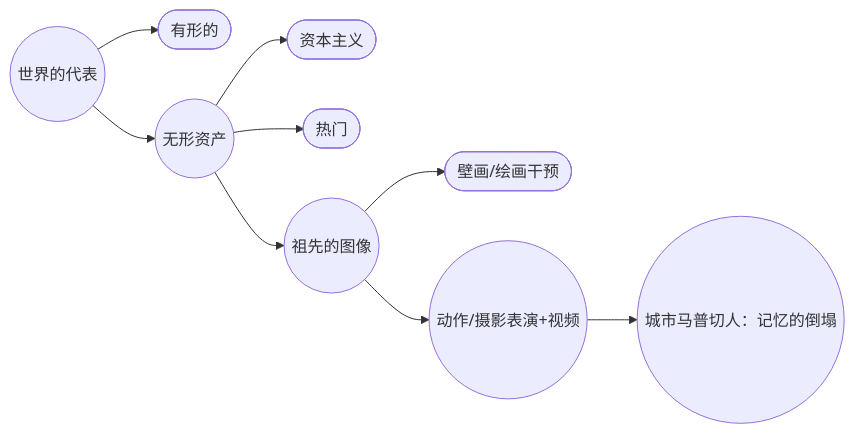
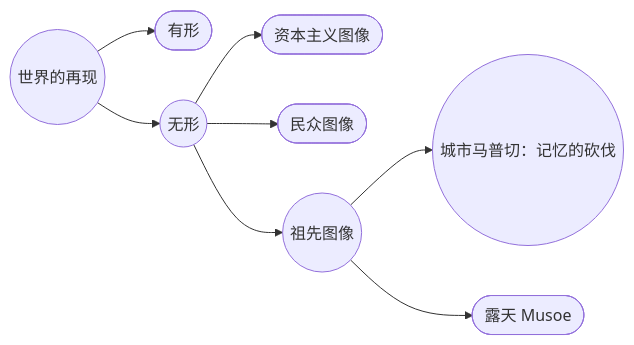
One commit to EGGS-Artesvisuales/EGGS-Artesvisuales.github.io changed the diagram in CHN/mapuche-urbano.md. Above: the diagram before and after it, drawn with Mermaid. The commit also changed 77 other files, not shown here.

```diff
--- a/CHN/mapuche-urbano.md
+++ b/CHN/mapuche-urbano.md
@@ -23,32 +23,18 @@
 <div class="mermaid">
 flowchart LR
-  %% Regla visual:
-  %% - Ruta activa (触及的节点): ((圆形的))
-  %% - Hermanos / ramas fuera de ruta: ([圆角矩形])
-
-  A((世界的代表)) --> T([有形的])
-  A --> I((无形资产))
-
-  I --> C([资本主义])
-  I --> P([热门])
-  I --> AN((祖先的图像))
-
-  AN --> AN_M([壁画/绘画干预])
-  AN --> AN_A((动作/摄影表演+视频))
-
-  AN_A --> MU((城市马普切人：记忆的倒塌))
-
-  %% Links (是/)
-  click A "/CHN/mundo-exterior.html" "前往世界代表"
-  click T "/CHN/tangible.html" "走向有形"
-  click I "/CHN/intangible.html" "走向无形"
-
-  click C "/CHN/en-construccion.html" "建设中"
-  click P "/CHN/en-construccion.html" "建设中"
-
-  click AN "/CHN/imagenes-ancestros.html" "前往祖先画像"
-  click AN_M "/CHN/en-construccion.html" "建设中"
-  click AN_A "/CHN/en-construccion.html" "建设中"
-
-  click MU "/CHN/mapuche-urbano.html" "你在这里"
+  A((世界的再现)) --> T([有形])
+  A --> I((无形))
+  I --> C([资本主义图像])
+  I --> P([民众图像])
+  I --> AN((祖先图像))
+  AN --> TA((城市马普切：记忆的砍伐))
+  AN --> MU([露天 Musoe])
+  click A "/CHN/mundo-exterior.html" "前往世界的再现"
+  click T "/CHN/tangible.html" "前往有形"
+  click I "/CHN/intangible.html" "前往无形"
+  click C "/CHN/imagenes-capitalismo.html" "前往资本主义图像"
+  click P "/CHN/imagenes-popular.html" "前往民众图像"
+  click AN "/CHN/imagenes-ancestros.html" "前往祖先图像"
+  click TA "/CHN/mapuche-urbano.html" "您在这里"
+  click MU "/CHN/musoe-a-cielo-abierto.html" "前往露天 Musoe"
 </div>
```
